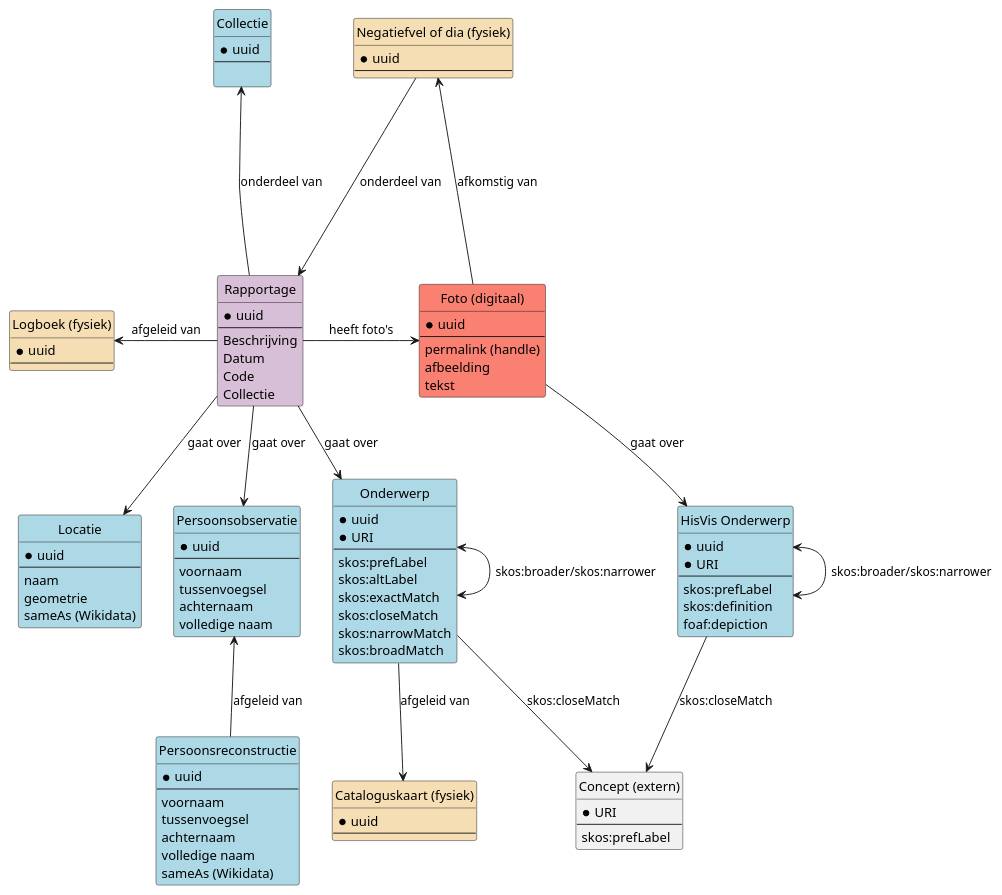
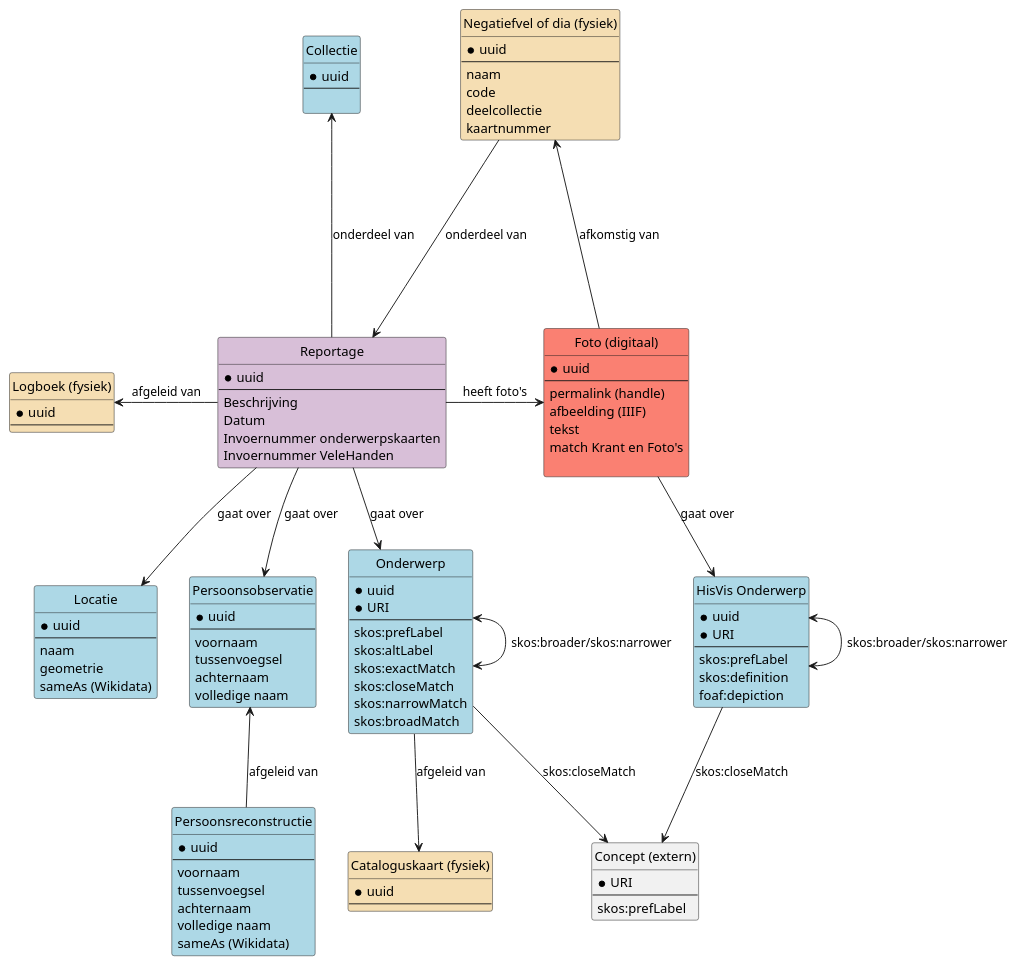
Before and after one commit to noord-hollandsarchief/CLARIAH-Data-Call-Fotopersbureau-De-Boer: the diagram in README.md, drawn with PlantUML. The commit also changed other lines of this file, not shown here.

Commit message:
Update README.md
Update model (plantUML)

```diff
--- a/README.md
+++ b/README.md
@@ -26,26 +26,29 @@
     * uuid
     --
     permalink (handle)
-    afbeelding
-    tekst  
+    afbeelding (IIIF)
+    tekst
+    match Krant en Foto's
+    
   }
   
   entity "Negatiefvel of dia (fysiek)" as negatiefvel #wheat {
     * uuid
     --
+    naam
+    code
+    deelcollectie
+    kaartnummer
   }
   
-  entity "Rapportage" as rapportage #thistle {
+  entity "Reportage" as reportage #thistle {
     * uuid
     --
     Beschrijving
     Datum
-    Code
-    Collectie
+    Invoernummer onderwerpskaarten
+    Invoernummer VeleHanden
   }
-  
-  
-  
   
   entity "Locatie" as locatie #lightblue {
     * uuid
@@ -115,16 +118,16 @@
     skos:prefLabel
   }
     
-  rapportage --up--> collectie: onderdeel van
+  reportage --up--> collectie: onderdeel van
   
   foto --up--> negatiefvel: afkomstig van
-  negatiefvel --> rapportage: onderdeel van
+  negatiefvel --> reportage: onderdeel van
   
-  rapportage -> foto: heeft foto's
+  reportage -> foto: heeft foto's
   
-  rapportage --> locatie: gaat over
-  rapportage --> persoonObs: gaat over
-  rapportage --> onderwerp: gaat over
+  reportage --> locatie: gaat over
+  reportage --> persoonObs: gaat over
+  reportage --> onderwerp: gaat over
   
   foto --> hvonderwerp: gaat over
   
@@ -136,7 +139,7 @@
   onderwerp <--> onderwerp: skos:broader/skos:narrower
   hvonderwerp <--> hvonderwerp: skos:broader/skos:narrower
   
-  rapportage --l-> logboek: afgeleid van
+  reportage --l-> logboek: afgeleid van
   onderwerp --> cataloguskaart: afgeleid van
   
   
```
